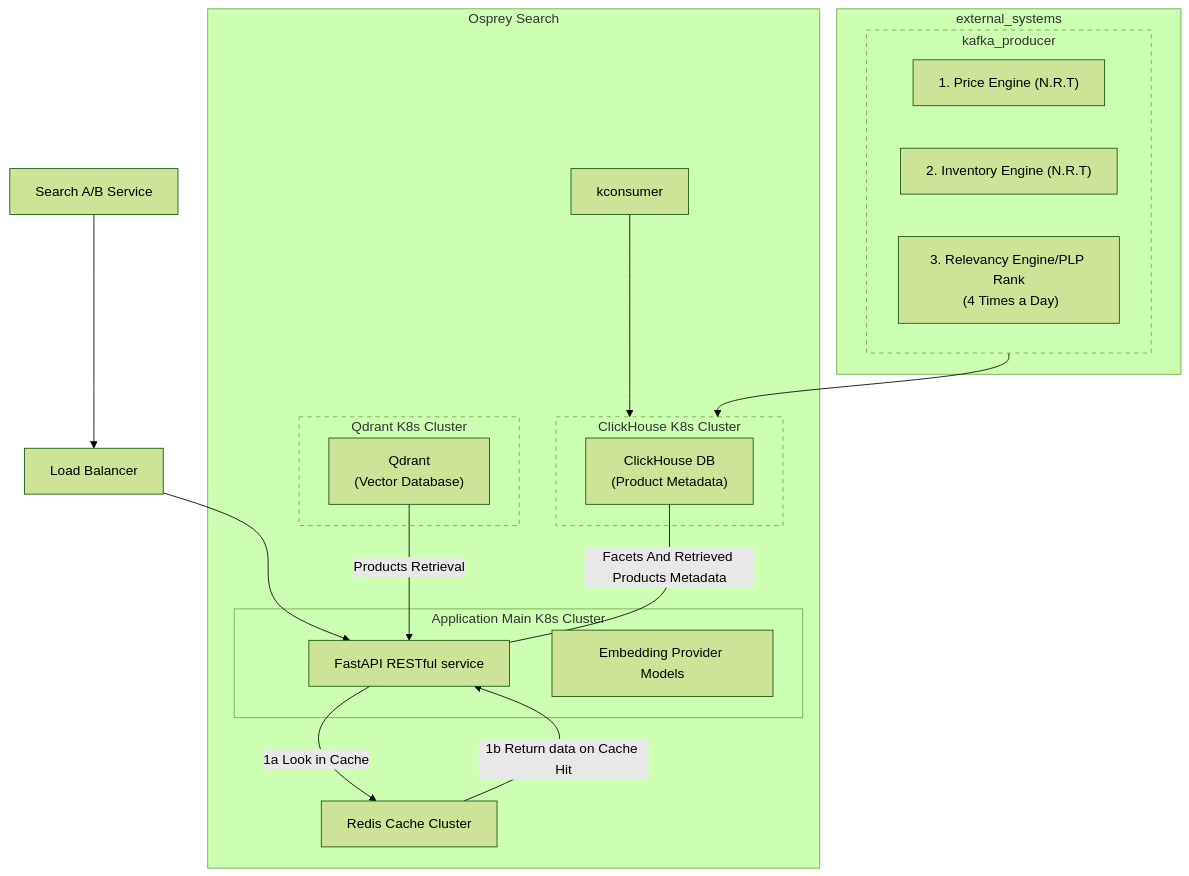
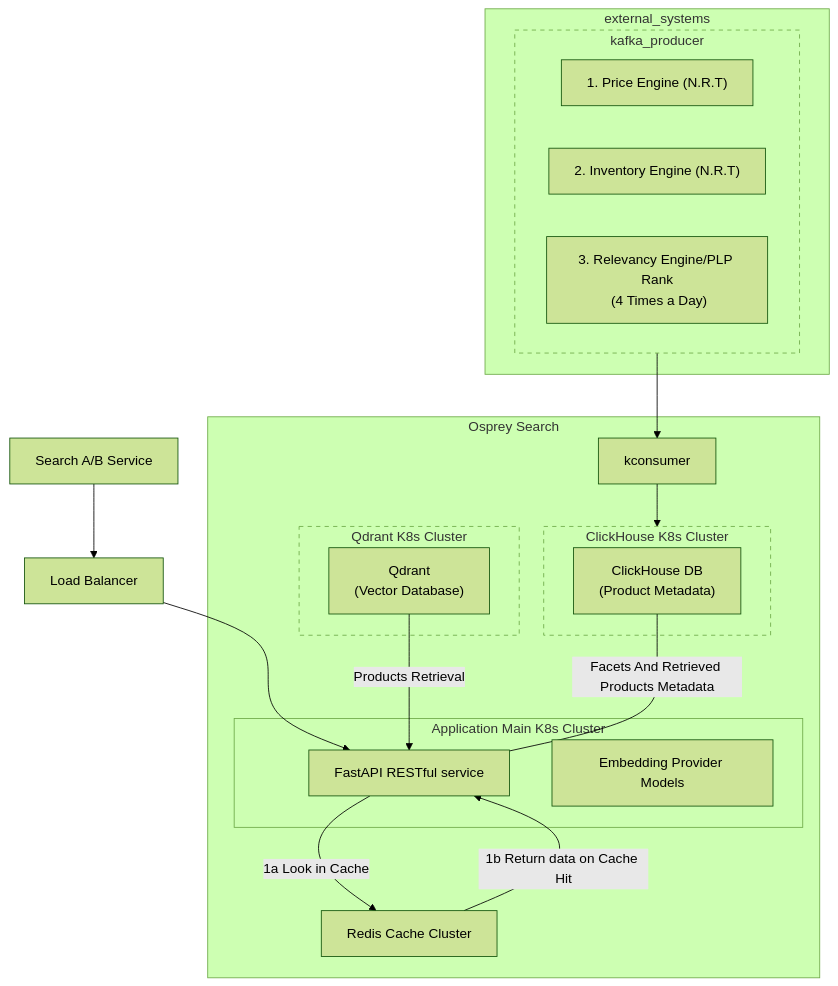
Before and after one commit to caiferris/qtact: the diagram in osprey_search_ARCHITECTURE.md, drawn with Mermaid (forest theme).

Commit message:
Updated osprey doc

````diff
--- a/osprey_search_ARCHITECTURE.md
+++ b/osprey_search_ARCHITECTURE.md
@@ -44,46 +44,46 @@
 ```mermaid
 graph 
   query["Search A/B Service"]
   load_balancer["Load Balancer"]
   api_server["FastAPI RESTful service"]
   embedding_model["Embedding Provider Models"]
   redis["Redis Cache Cluster"]
   qdrant_vdb["`Qdrant
 (Vector Database)`"]
   clickhouse_cdb["`ClickHouse DB
 (Product Metadata)`"]
   external_systems["External Systems"]
   kafka_producer["Kafka Producer"]
   kafka_topic1["1. Price Engine (N.R.T)"]
   kafka_topic2["2. Inventory Engine (N.R.T)"]
   kafka_topic3["3. Relevancy Engine/PLP Rank\n (4 Times a Day)"]
   query --> load_balancer --> api_server
 subgraph parent_subgraph["Osprey Search"]
   api_server -- 1a Look in Cache --> redis
   redis -- 1b Return data on Cache Hit --> api_server
   subgraph sub_graph_group1["Application Main K8s Cluster"]
     style sub_graph_group1 stroke: 5, 5
     api_server
     embedding_model
   end
   subgraph qdrant_cluster["Qdrant K8s Cluster"]
     style qdrant_cluster stroke-dasharray: 5, 5
     qdrant_vdb -- Products Retrieval --> api_server
   end
   subgraph clickhouse_cluster["ClickHouse K8s Cluster"]
     style clickhouse_cluster stroke-dasharray: 5, 5
     clickhouse_cdb -- Facets And Retrieved Products Metadata --- api_server
   end
   kconsumer --> clickhouse_cluster
 end
 subgraph external_systems
   style external_systems stroke: 5, 5
   subgraph kafka_producer
     style kafka_producer stroke-dasharray: 5, 5
     kafka_topic1
     kafka_topic2
     kafka_topic3
   end
 end
-kafka_producer --> clickhouse_cluster
+kafka_producer --> kconsumer
 ```
````
